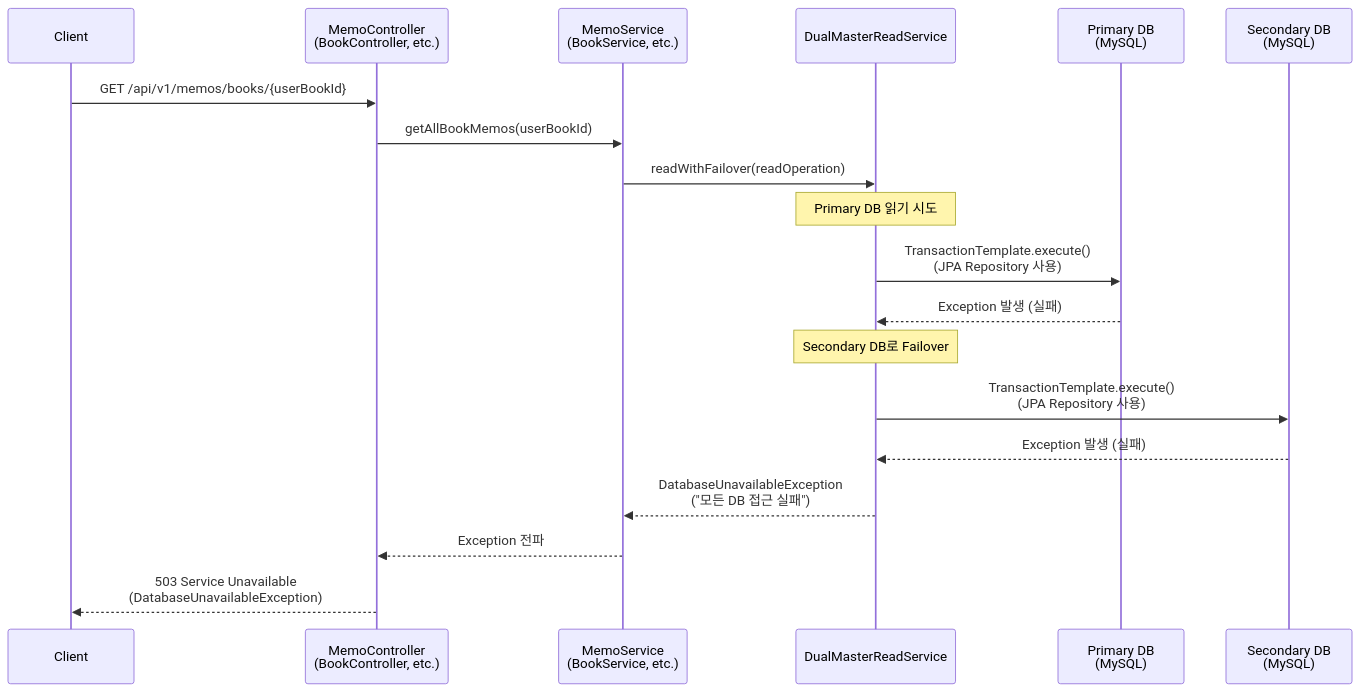
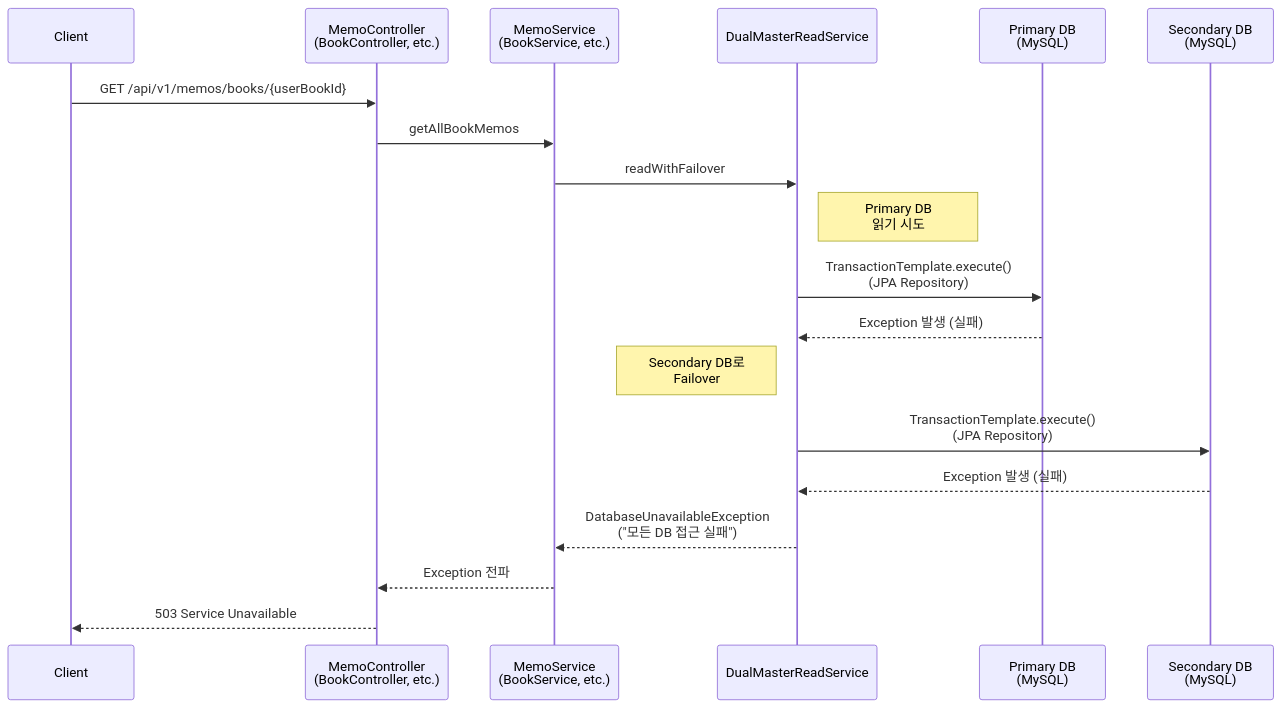
One commit to Park-Yena00/Reading_tracker changed the third of 7 diagrams in docs/architecture/SCENARIO2_RUNTIME_VIEW.md. Above: the diagram before and after it, drawn with Mermaid. The commit also changed other lines of this file and 2 other files, not shown here.

First line of the commit message:
docs: 다이어그램 선과 주석 겹침 문제 수정

````diff
--- a/docs/architecture/SCENARIO2_RUNTIME_VIEW.md
+++ b/docs/architecture/SCENARIO2_RUNTIME_VIEW.md
@@ -75,26 +73,25 @@
 ```mermaid
 sequenceDiagram
     participant Client
     participant Controller as MemoController<br/>(BookController, etc.)
     participant Service as MemoService<br/>(BookService, etc.)
     participant ReadService as DualMasterReadService
     participant PrimaryDB as Primary DB<br/>(MySQL)
     participant SecondaryDB as Secondary DB<br/>(MySQL)
 
     Client->>Controller: GET /api/v1/memos/books/{userBookId}
-    Controller->>Service: getAllBookMemos(userBookId)
+    Controller->>Service: getAllBookMemos
+    Service->>ReadService: readWithFailover
     
-    Service->>ReadService: readWithFailover(readOperation)
-    
-    Note over ReadService: Primary DB 읽기 시도
-    ReadService->>PrimaryDB: TransactionTemplate.execute()<br/>(JPA Repository 사용)
+    Note right of ReadService: Primary DB<br/>읽기 시도
+    ReadService->>PrimaryDB: TransactionTemplate.execute()<br/>(JPA Repository)
     PrimaryDB-->>ReadService: Exception 발생 (실패)
     
-    Note over ReadService: Secondary DB로 Failover
-    ReadService->>SecondaryDB: TransactionTemplate.execute()<br/>(JPA Repository 사용)
+    Note left of ReadService: Secondary DB로<br/>Failover
+    ReadService->>SecondaryDB: TransactionTemplate.execute()<br/>(JPA Repository)
     SecondaryDB-->>ReadService: Exception 발생 (실패)
     
     ReadService-->>Service: DatabaseUnavailableException<br/>("모든 DB 접근 실패")
     Service-->>Controller: Exception 전파
-    Controller-->>Client: 503 Service Unavailable<br/>(DatabaseUnavailableException)
+    Controller-->>Client: 503 Service Unavailable
 ```
````
